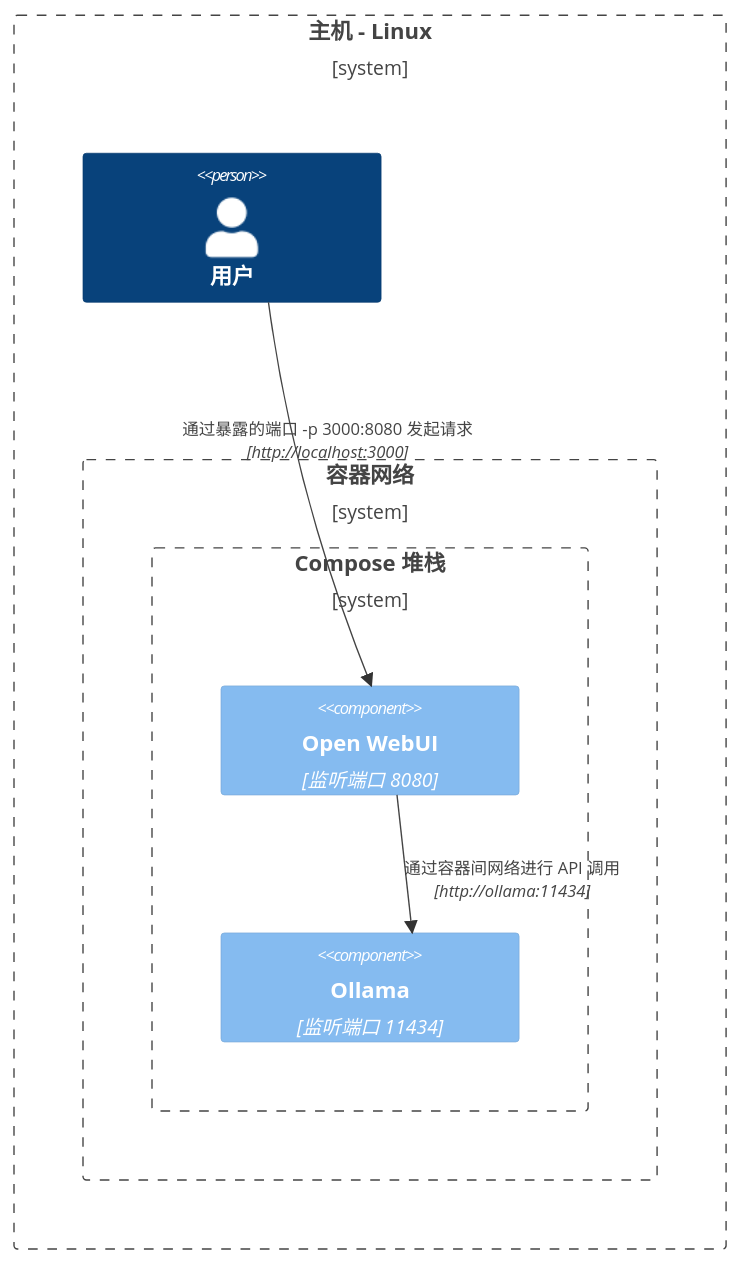
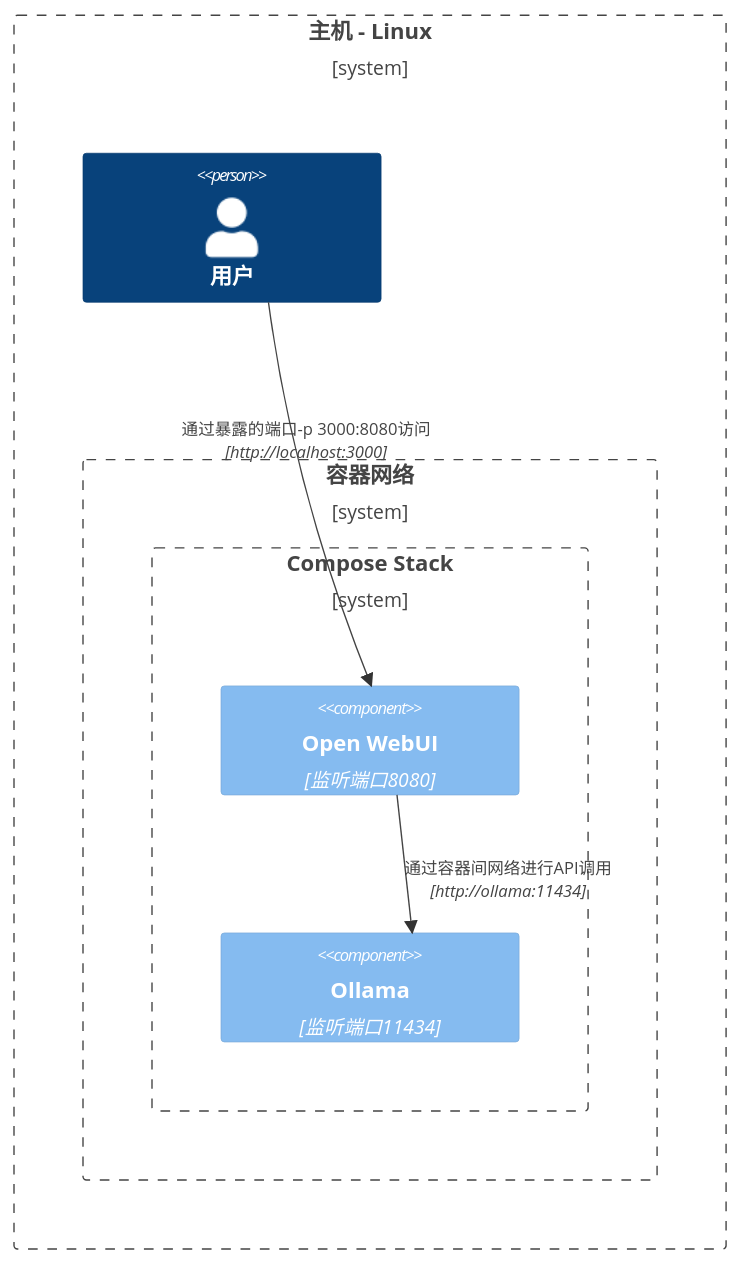
Before and after one commit to LazyG9/openwebui-doc-zh: the sixth of 8 diagrams in docs/troubleshooting/network-diagrams.mdx, drawn with Mermaid. The commit also changed other lines of this file and 11 other files, not shown here.

````diff
--- a/docs/troubleshooting/network-diagrams.mdx
+++ b/docs/troubleshooting/network-diagrams.mdx
@@ -111,15 +110,15 @@
 ```mermaid
 C4Context
 Boundary(b0, "主机 - Linux") {
    Person(user, "用户")
    Boundary(b1, "容器网络") {
-      Boundary(b2, "Compose 堆栈") {
-         Component(openwebui, "Open WebUI", "监听端口 8080")
-         Component(ollama, "Ollama", "监听端口 11434")
+      Boundary(b2, "Compose Stack") {
+         Component(openwebui, "Open WebUI", "监听端口8080")
+         Component(ollama, "Ollama", "监听端口11434")
       }
    }
 }
-Rel(openwebui, ollama, "通过容器间网络进行 API 调用", "http://ollama:11434")
-Rel(user, openwebui, "通过暴露的端口 -p 3000:8080 发起请求", "http://localhost:3000")
+Rel(openwebui, ollama, "通过容器间网络进行API调用", "http://ollama:11434")
+Rel(user, openwebui, "通过暴露的端口-p 3000:8080访问", "http://localhost:3000")
 UpdateRelStyle(user, openwebui, $offsetX="-100", $offsetY="-50")
 ```
````
